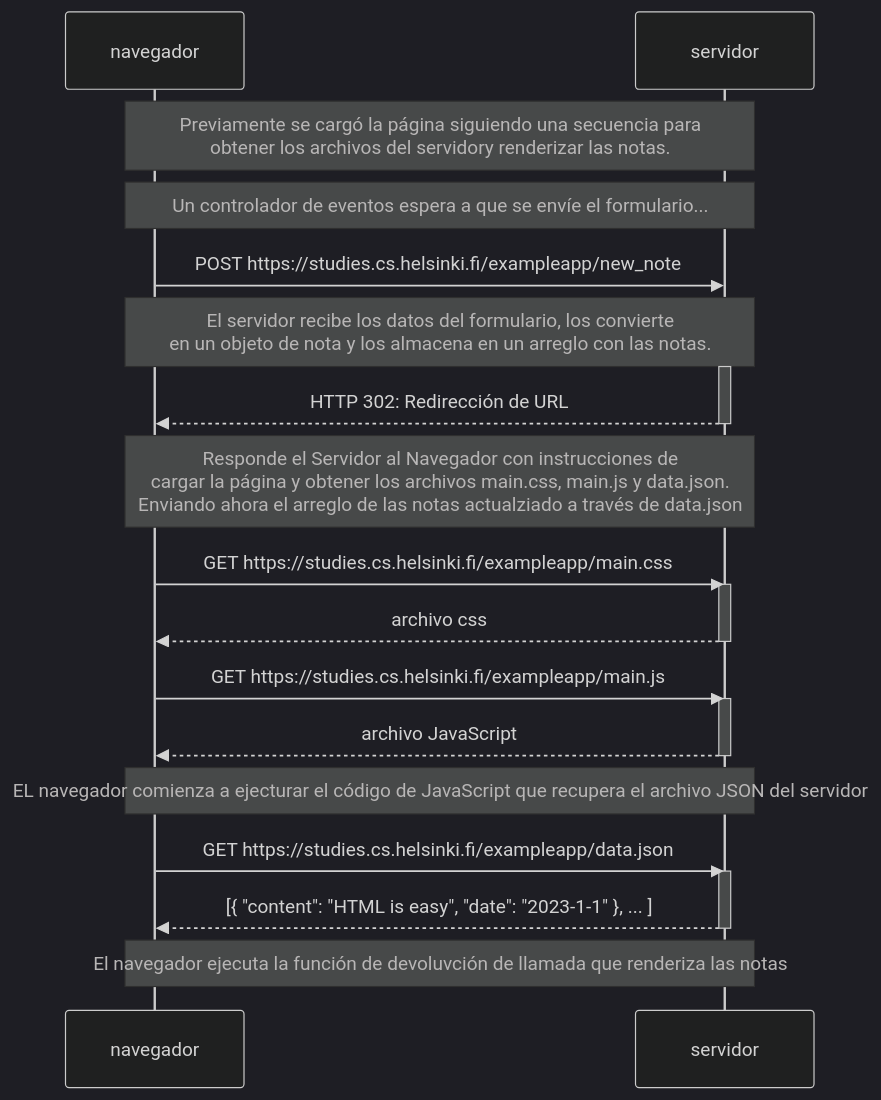
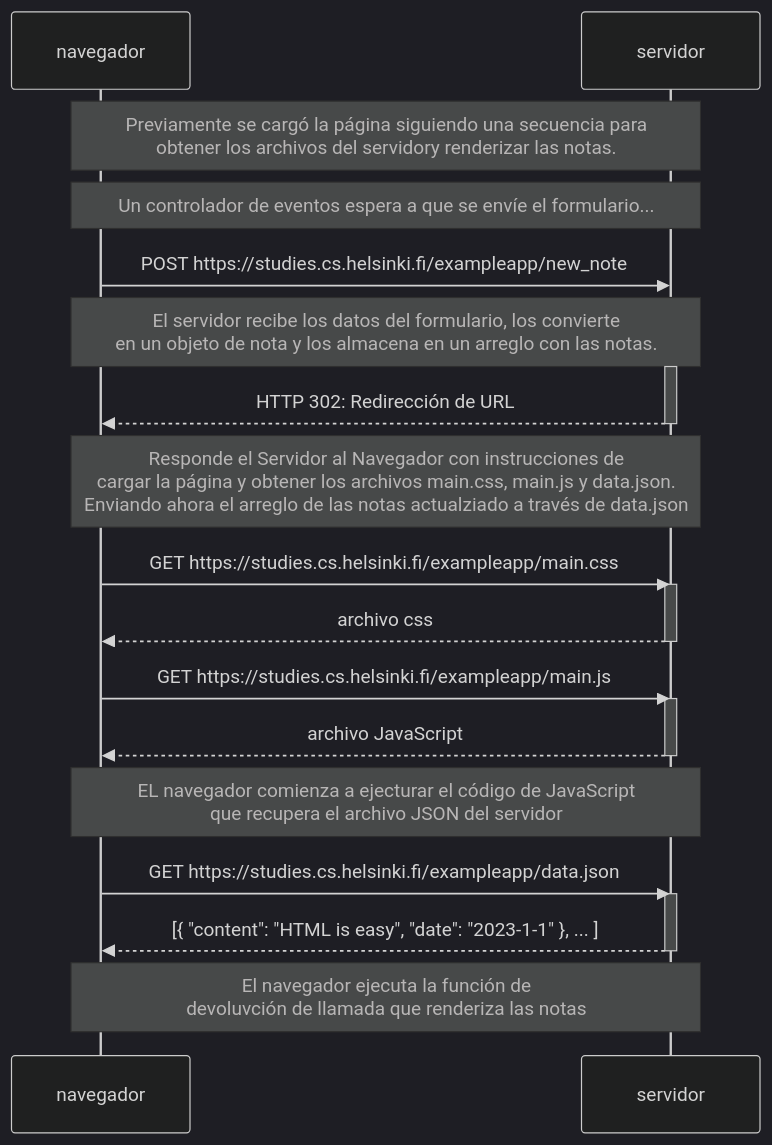
The diagram in parte-0/ejercicio-0.4.mmd (CuteLoop/fullstack-open), drawn with Mermaid (dark theme) before and after one commit.

```diff
--- a/parte-0/ejercicio-0.4.mmd
+++ b/parte-0/ejercicio-0.4.mmd
@@ -1,34 +1,34 @@
 sequenceDiagram
     participant navegador
     participant servidor
 
     Note over navegador,servidor: Previamente se cargó la página siguiendo una secuencia para <br/> obtener los archivos del servidory renderizar las notas.
     Note over navegador,servidor: Un controlador de eventos espera a que se envíe el formulario...
 
     navegador->>servidor: POST https://studies.cs.helsinki.fi/exampleapp/new_note
     Note over navegador,servidor: El servidor recibe los datos del formulario, los convierte <br/> en un objeto de nota y los almacena en un arreglo con las notas.
     
     activate servidor
     servidor-->>navegador: HTTP 302: Redirección de URL
     deactivate servidor
 
    Note over navegador,servidor: Responde el Servidor al Navegador con instrucciones de <br/> cargar la página y obtener los archivos main.css, main.js y data.json. <br/>Enviando ahora el arreglo de las notas actualziado a través de data.json
 
     navegador->>servidor: GET https://studies.cs.helsinki.fi/exampleapp/main.css
     activate servidor
     servidor-->>navegador: archivo css
     deactivate servidor
 
     navegador->>servidor: GET https://studies.cs.helsinki.fi/exampleapp/main.js
     activate servidor
     servidor-->>navegador: archivo JavaScript
     deactivate servidor
 
-    Note over navegador,servidor: EL navegador comienza a ejecturar el código de JavaScript que recupera el archivo JSON del servidor
+    Note over navegador,servidor: EL navegador comienza a ejecturar el código de JavaScript<br/> que recupera el archivo JSON del servidor
 
     navegador->>servidor: GET https://studies.cs.helsinki.fi/exampleapp/data.json
     activate servidor
     servidor-->>navegador: [{ "content": "HTML is easy", "date": "2023-1-1" }, ... ]
     deactivate servidor
 
-   Note over navegador,servidor: El navegador ejecuta la función de devoluvción de llamada que renderiza las notas
+   Note over navegador,servidor: El navegador ejecuta la función de<br/> devoluvción de llamada que renderiza las notas
```
